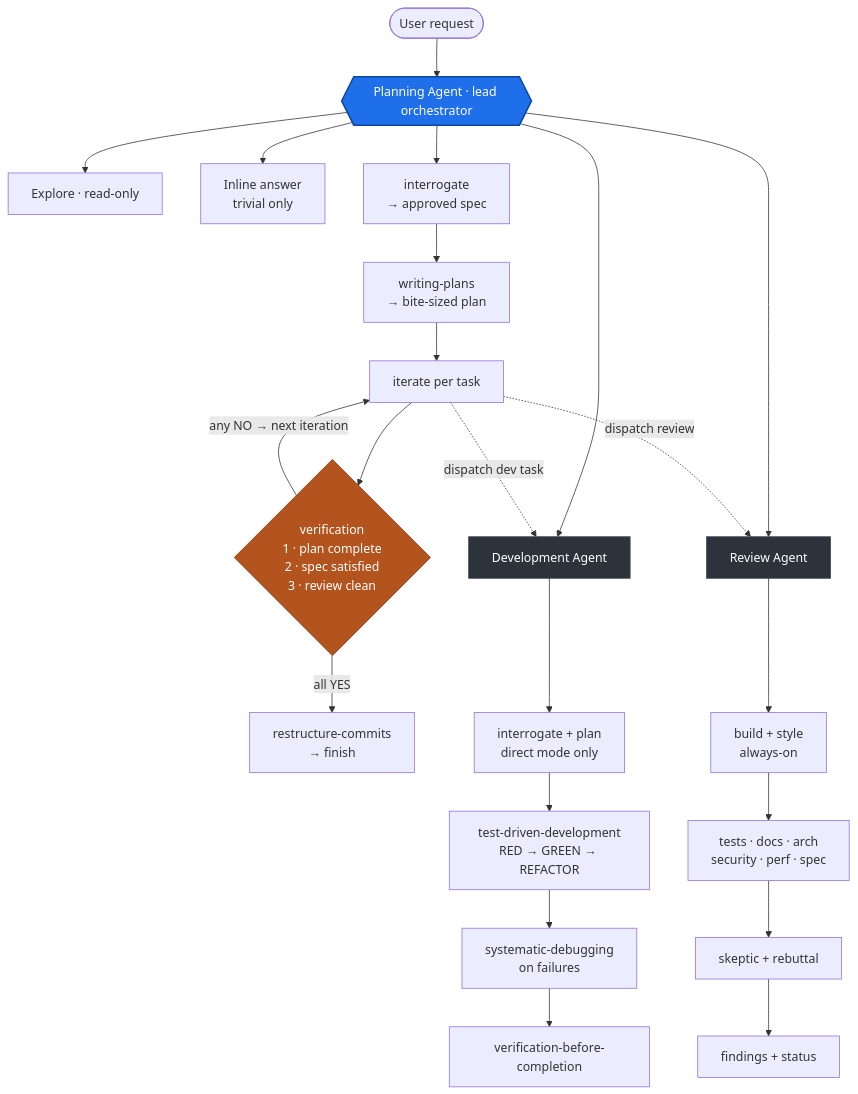
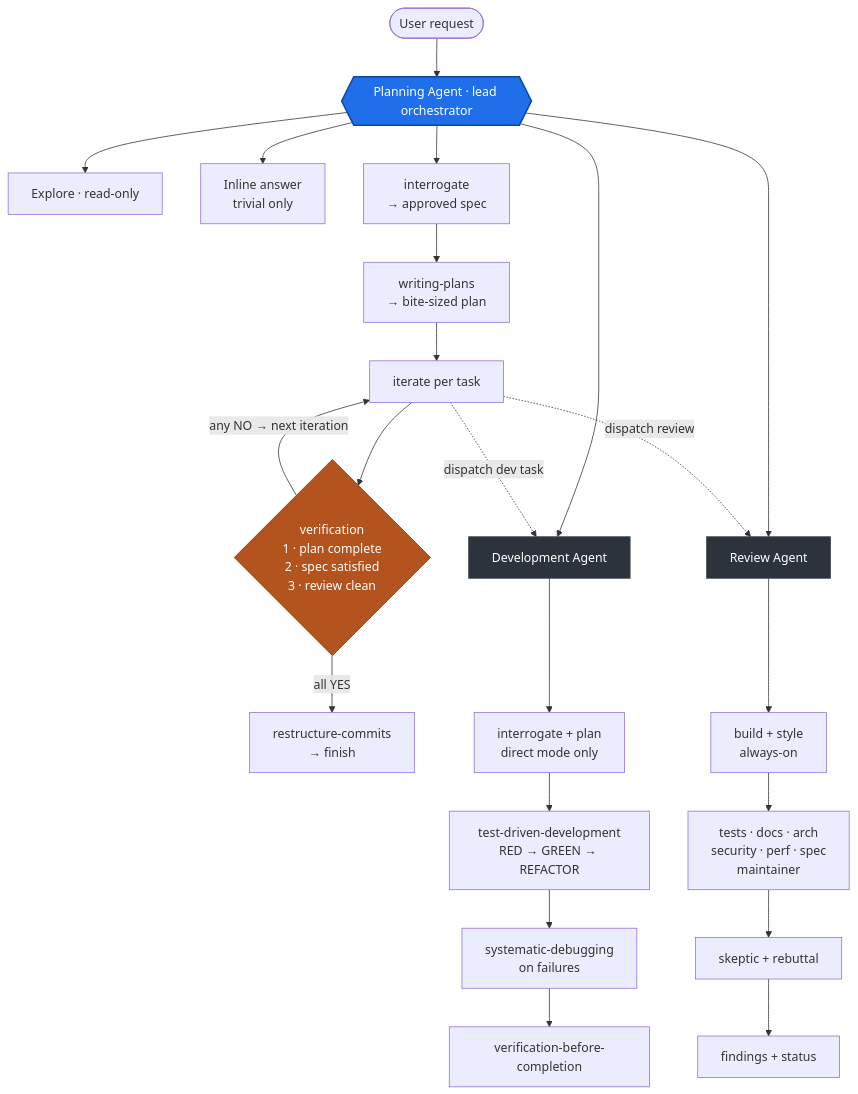
One commit to ROCm/rocm-systems changed the diagram in projects/amdsmi/.claude/context/agent-flow.md. Above: the diagram before and after it, drawn with Mermaid. The commit also changed 3 other files, not shown here.

````diff
--- a/projects/amdsmi/.claude/context/agent-flow.md
+++ b/projects/amdsmi/.claude/context/agent-flow.md
@@ -11,41 +11,41 @@
 ```mermaid
 flowchart TD
     User([User request])
     User --> Plan{{Planning Agent · lead orchestrator}}
 
     Plan --> Dev[Development Agent]
     Plan --> Rev[Review Agent]
     Plan --> Explore[Explore · read-only]
     Plan --> Inline[Inline answer<br/>trivial only]
 
     %% ---- Planning column ----
     Plan --> P1[interrogate<br/>→ approved spec]
     P1 --> P2[writing-plans<br/>→ bite-sized plan]
     P2 --> P3[iterate per task]
     P3 --> P4{verification<br/>1 · plan complete<br/>2 · spec satisfied<br/>3 · review clean}
     P4 -->|any NO → next iteration| P3
     P4 -->|all YES| P5[restructure-commits<br/>→ finish]
 
     %% ---- Development column ----
     Dev --> D1[interrogate + plan<br/>direct mode only]
     D1 --> D2[test-driven-development<br/>RED → GREEN → REFACTOR]
     D2 --> D3[systematic-debugging<br/>on failures]
     D3 --> D4[verification-before-completion]
 
     %% ---- Review column ----
     Rev --> V1[build + style<br/>always-on]
-    V1 --> V2[tests · docs · arch<br/>security · perf · spec]
+    V1 --> V2[tests · docs · arch<br/>security · perf · spec<br/>maintainer]
     V2 --> V3[skeptic + rebuttal]
     V3 --> V4[findings + status]
 
     %% ---- real dispatch (Planning calls down into the shared agents) ----
     P3 -.dispatch dev task.-> Dev
     P3 -.dispatch review.-> Rev
 
     classDef apex fill:#1f6feb,color:#fff,stroke:#0d47a1,stroke-width:2px
     classDef tier fill:#2d333b,color:#fff,stroke:#444c56
     classDef gate fill:#b3541e,color:#fff,stroke:#7a3812
     class Plan apex
     class Dev,Rev tier
     class P4 gate
 ```
````
